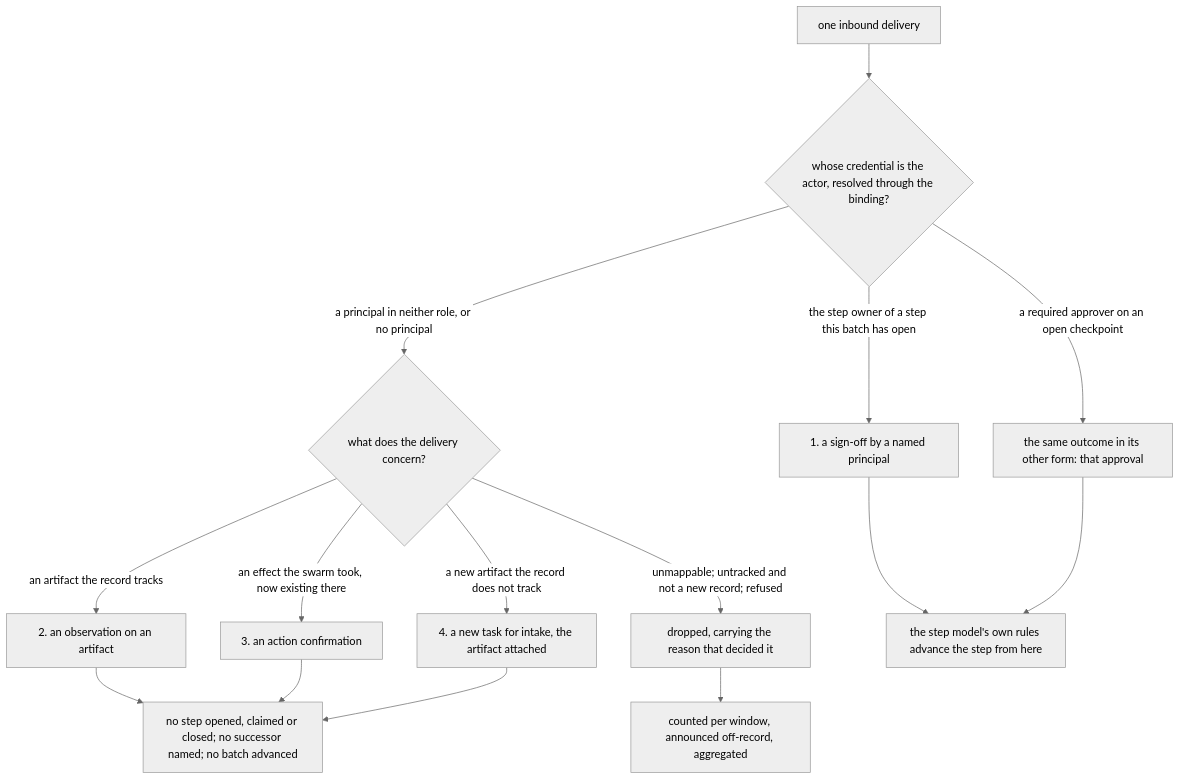
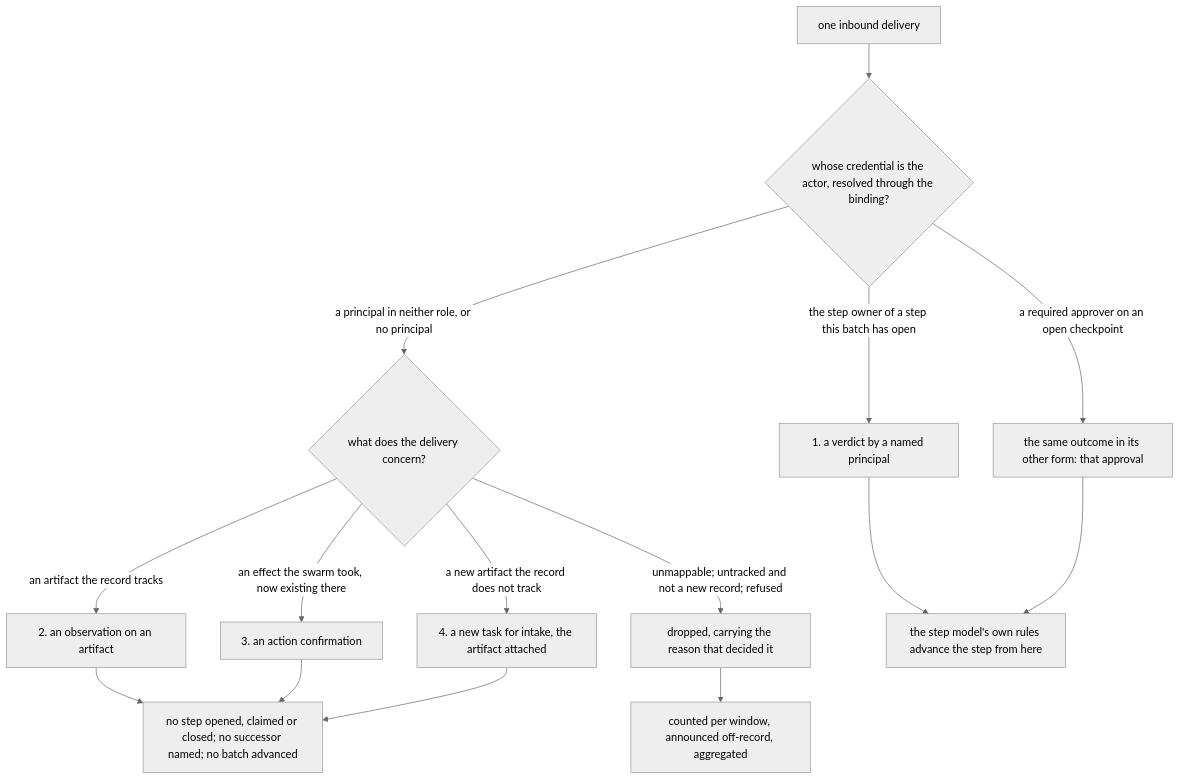
Before and after one commit to markmhendrickson/ateles: the first of 2 diagrams in docs/foundation/adapters.md, drawn with Mermaid (neutral theme). The commit also changed other lines of this file and 32 other files, not shown here.

````diff
--- a/docs/foundation/adapters.md
+++ b/docs/foundation/adapters.md
@@ -85,17 +85,17 @@
 ```mermaid
 flowchart TD
     E["one inbound delivery"] --> C{"whose credential is the actor, resolved through the binding?"}
-    C -->|"the step owner of a step this batch has open"| O1["1. a sign-off by a named principal"]
+    C -->|"the step owner of a step this batch has open"| O1["1. a verdict by a named principal"]
     C -->|"a required approver on an open checkpoint"| O1b["the same outcome in its other form: that approval"]
     C -->|"a principal in neither role, or no principal"| REST{"what does the delivery concern?"}
     REST -->|"an artifact the record tracks"| O2["2. an observation on an artifact"]
     REST -->|"an effect the swarm took, now existing there"| O3["3. an action confirmation"]
     REST -->|"a new artifact the record does not track"| O4["4. a new task for intake, the artifact attached"]
     REST -->|"unmappable; untracked and not a new record; refused"| D["dropped, carrying the reason that decided it"]
     D --> DC["counted per window, announced off-record, aggregated"]
     O1 --> ADV["the step model's own rules advance the step from here"]
     O1b --> ADV
     O2 --> N["no step opened, claimed or closed; no successor named; no batch advanced"]
     O3 --> N
     O4 --> N
 ```
````
